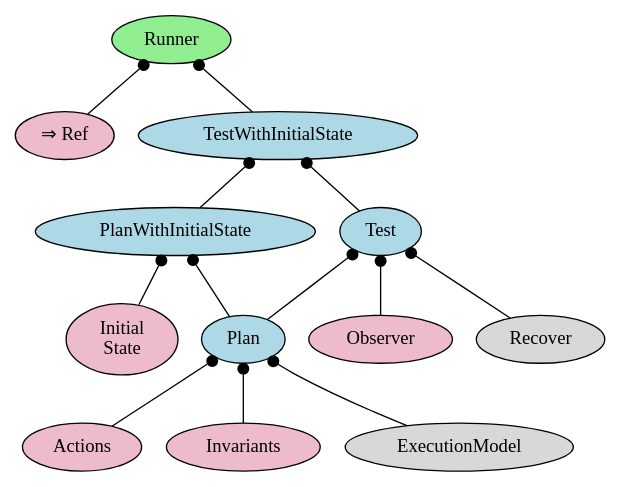
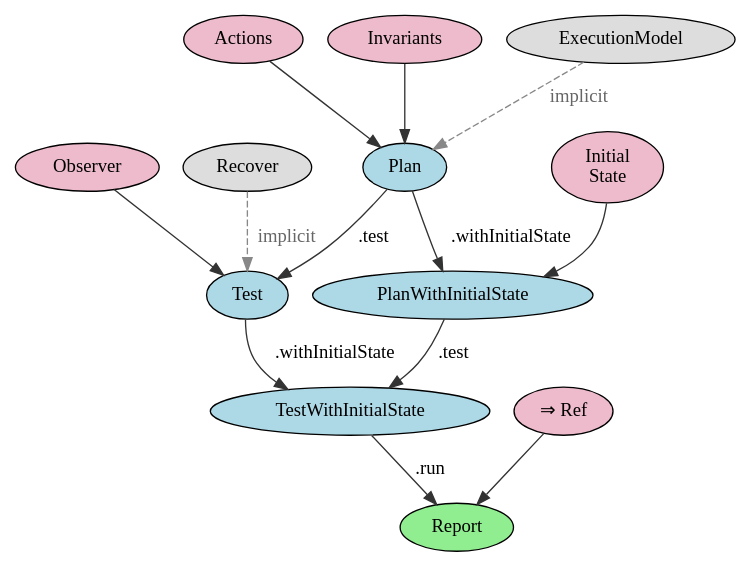
Before and after one commit to japgolly/test-state: the diagram in doc/runner.gv, drawn with Graphviz. The commit also changed 2 other files, not shown here.

Commit message:
Revise doc/runner.gv diagram

```diff
--- a/doc/runner.gv
+++ b/doc/runner.gv
@@ -1,36 +1,45 @@
 digraph G {
-edge[dir=back,arrowtail=dot]
+edge[color="#333333"]
 
 // Provided by user
 { node[style=filled fillcolor="#eebbcc"]
   a [label="Actions"]
   i [label="Invariants"]
   is [label="Initial\nState"]
   o [label="Observer"]
   ref [label="⇒ Ref"]
 }
 
 // Nearly always provided automatically
-{ node[style=filled fillcolor="#d8d8d8"]
+{ node[style=filled fillcolor="#dddddd"]
   r [label="Recover"]
   em [label="ExecutionModel"]
 }
 
 
 // Aggregation types
 { node[style=filled fillcolor=lightblue]
   plan [label="Plan"]
   planS [label="PlanWithInitialState"]
   test [label="Test"]
   testS [label="TestWithInitialState"]
 }
 
-run [label="Runner" style=filled fillcolor=lightgreen]
+run [label="Report" style=filled fillcolor=lightgreen]
 
-plan -> a,i,em
-planS -> plan,is
-test -> plan,r,o
-testS -> planS,test
+{edge[style=dashed color="#888888" fontcolor="#666666" label=" implicit"]
+r -> test
+em -> plan
+}
 
-run -> ref,testS
+a,i -> plan
+is -> planS
+o -> test
+plan -> planS [label=".withInitialState"]
+plan -> test [label=".test"]
+planS -> testS [label=".test"]
+test -> testS [label=".withInitialState"]
+
+ref -> run
+testS -> run [label=".run"]
 }
```
